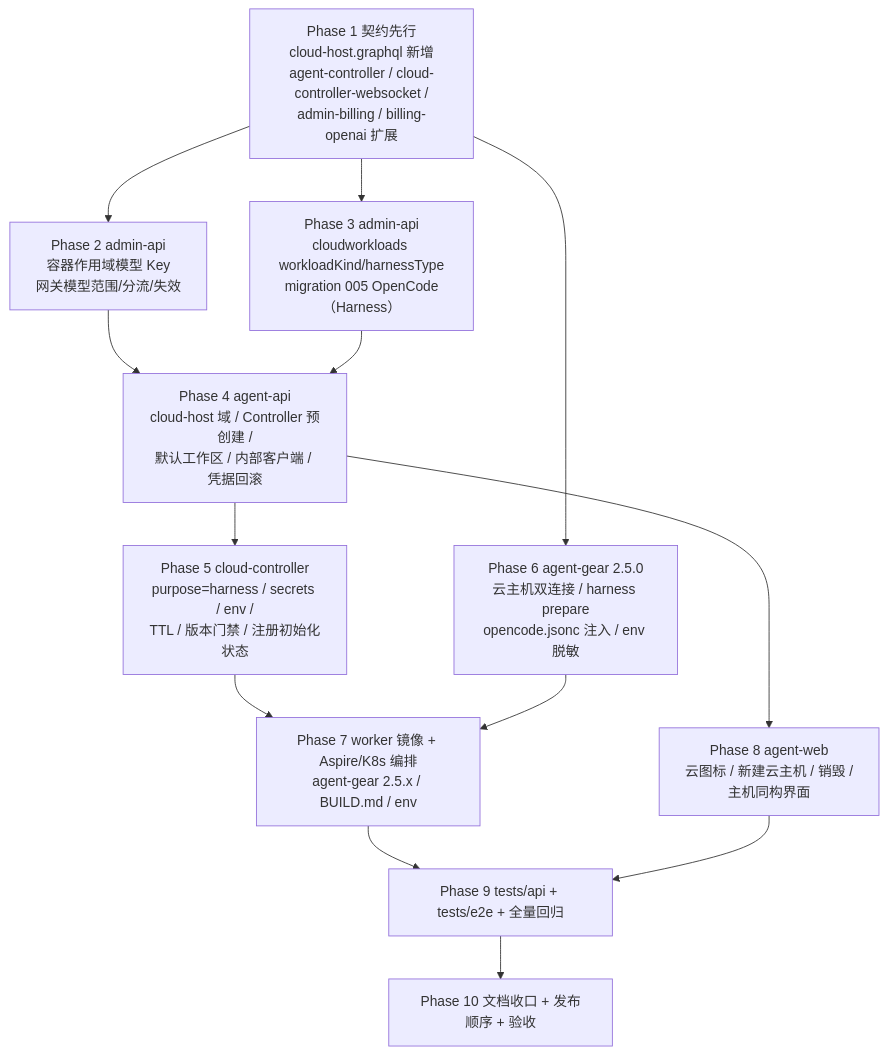
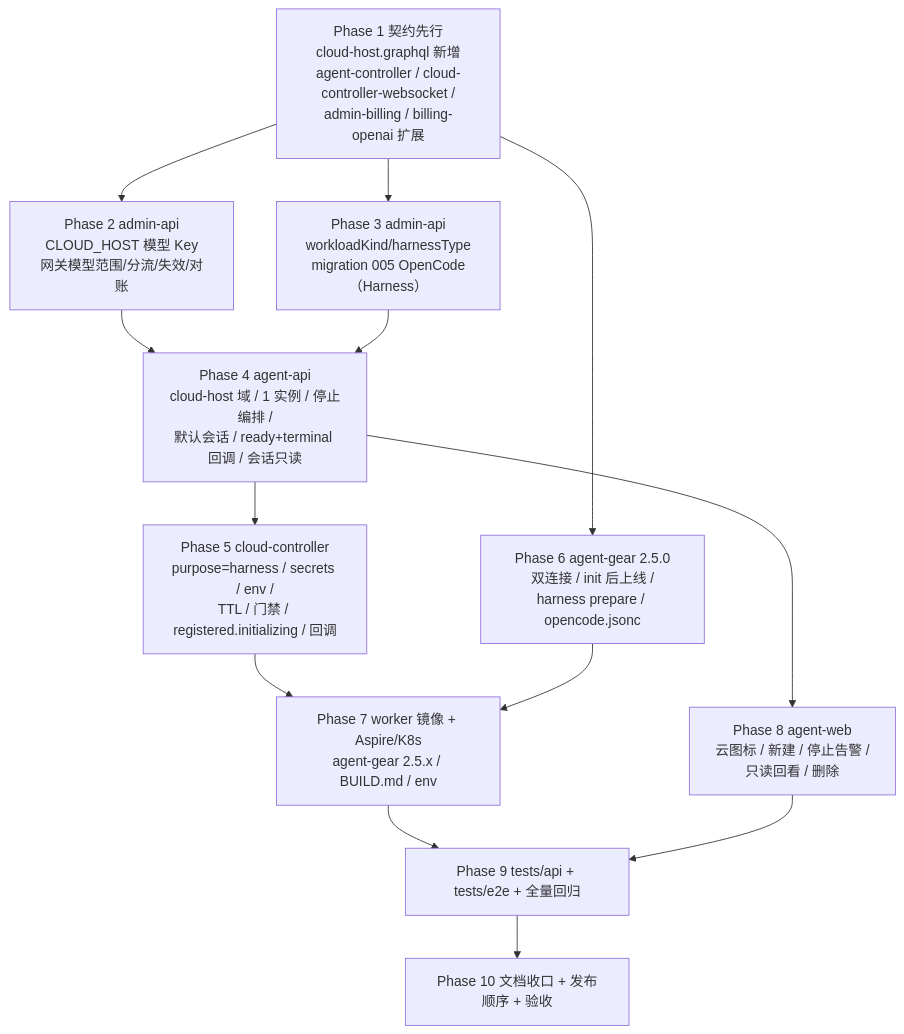
One commit to Deliay/z-agent-gear changed the first of 8 diagrams in docs/engineering/plan/20261020-feat-container-harness-support.md. Above: the diagram before and after it, drawn with Mermaid. The commit also changed other lines of this file and 1 other file, not shown here.

Commit message:
docs(plan): 云电脑实现计划 v3.0（按 PRD/提案 v5.0 整体重写：停止即销毁/会话只读/每用户 1 实例/harnessTypes 多选）

````diff
--- a/docs/engineering/plan/20261020-feat-container-harness-support.md
+++ b/docs/engineering/plan/20261020-feat-container-harness-support.md
@@ -35,20 +39,20 @@
 ```mermaid
 flowchart TD
     P1["Phase 1 契约先行<br/>cloud-host.graphql 新增<br/>agent-controller / cloud-controller-websocket /<br/>admin-billing / billing-openai 扩展"] --> P2
     P1 --> P3
     P1 --> P6
 
-    P2["Phase 2 admin-api<br/>容器作用域模型 Key<br/>网关模型范围/分流/失效"] --> P4
-    P3["Phase 3 admin-api<br/>cloudworkloads workloadKind/harnessType<br/>migration 005 OpenCode（Harness）"] --> P4
+    P2["Phase 2 admin-api<br/>CLOUD_HOST 模型 Key<br/>网关模型范围/分流/失效/对账"] --> P4
+    P3["Phase 3 admin-api<br/>workloadKind/harnessType<br/>migration 005 OpenCode（Harness）"] --> P4
 
-    P4["Phase 4 agent-api<br/>cloud-host 域 / Controller 预创建 /<br/>默认工作区 / 内部客户端 / 凭据回滚"] --> P5
+    P4["Phase 4 agent-api<br/>cloud-host 域 / 1 实例 / 停止编排 /<br/>默认会话 / ready+terminal 回调 / 会话只读"] --> P5
     P4 --> P8
 
-    P5["Phase 5 cloud-controller<br/>purpose=harness / secrets / env /<br/>TTL / 版本门禁 / 注册初始化状态"] --> P7
+    P5["Phase 5 cloud-controller<br/>purpose=harness / secrets / env /<br/>TTL / 门禁 / registered.initializing / 回调"] --> P7
 
-    P6["Phase 6 agent-gear 2.5.0<br/>云主机双连接 / harness prepare<br/>opencode.jsonc 注入 / env 脱敏"] --> P7
-    P7["Phase 7 worker 镜像 + Aspire/K8s 编排<br/>agent-gear 2.5.x / BUILD.md / env"] --> P9
-    P8["Phase 8 agent-web<br/>云图标 / 新建云主机 / 销毁 /<br/>主机同构界面"] --> P9
+    P6["Phase 6 agent-gear 2.5.0<br/>双连接 / init 后上线 /<br/>harness prepare / opencode.jsonc"] --> P7
+    P7["Phase 7 worker 镜像 + Aspire/K8s<br/>agent-gear 2.5.x / BUILD.md / env"] --> P9
+    P8["Phase 8 agent-web<br/>云图标 / 新建 / 停止告警 /<br/>只读回看 / 删除"] --> P9
     P9["Phase 9 tests/api + tests/e2e + 全量回归"] --> P10
     P10["Phase 10 文档收口 + 发布顺序 + 验收"]
 ```
````
